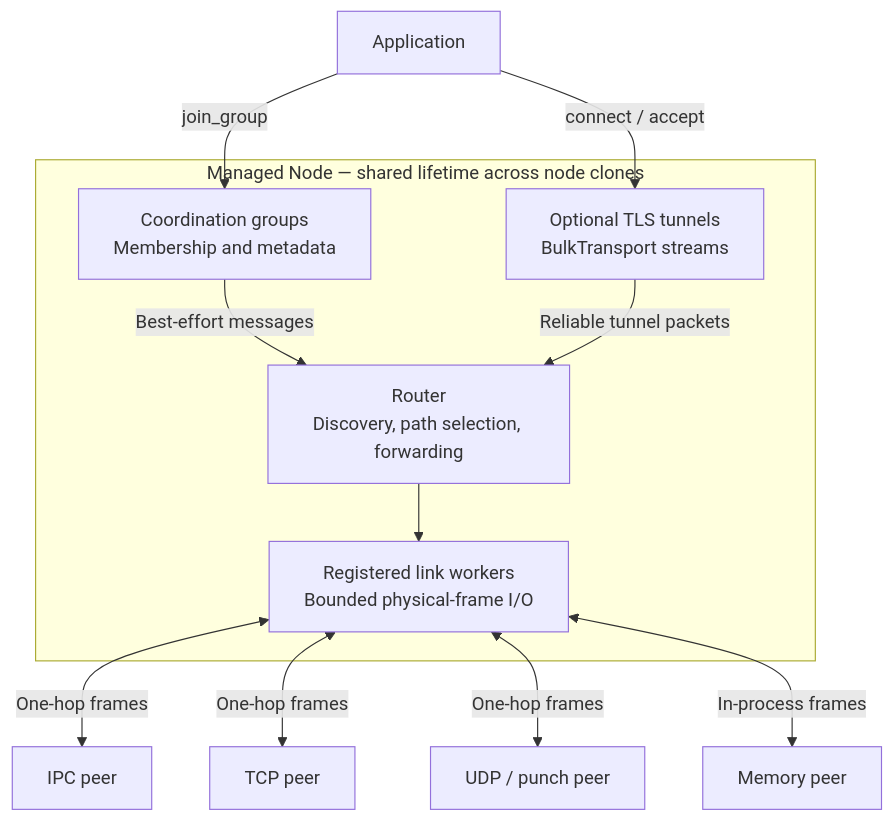
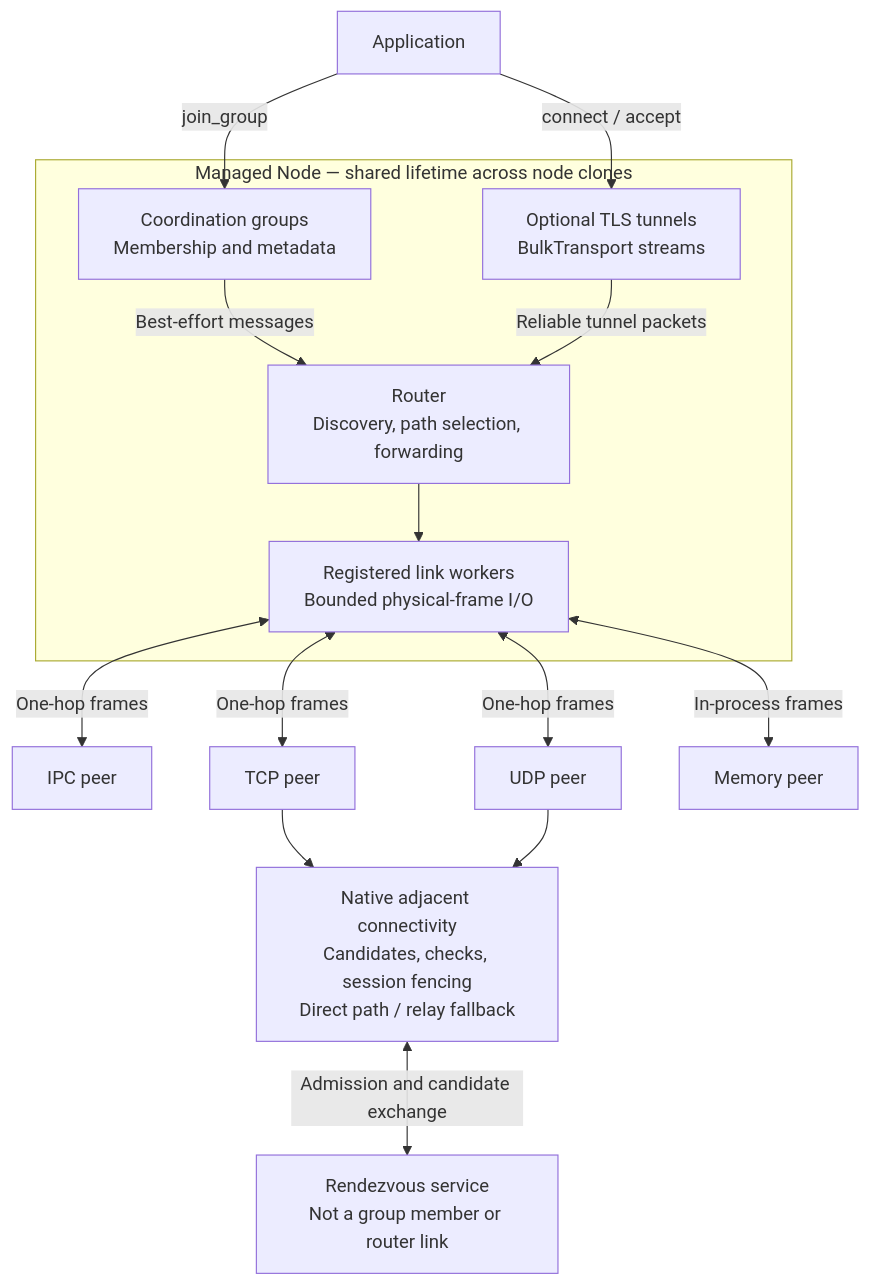
One commit to napbat/groupnet changed the first of 3 diagrams in docs/architecture.md. Above: the diagram before and after it, drawn with Mermaid. The commit also changed other lines of this file and 58 other files, not shown here.

Commit message:
feat: integrate native connectivity beneath TCP and UDP links

````diff
--- a/docs/architecture.md
+++ b/docs/architecture.md
@@ -16,19 +16,22 @@
 ```mermaid
 flowchart TB
     App["Application"]
     subgraph Managed["Managed Node — shared lifetime across node clones"]
         Groups["Coordination groups\nMembership and metadata"]
         Tunnels["Optional TLS tunnels\nBulkTransport streams"]
         Router["Router\nDiscovery, path selection, forwarding"]
         Links["Registered link workers\nBounded physical-frame I/O"]
         Groups -->|"Best-effort messages"| Router
         Tunnels -->|"Reliable tunnel packets"| Router
         Router --> Links
     end
     App -->|"join_group"| Groups
     App -->|"connect / accept"| Tunnels
     Links <-->|"One-hop frames"| IPC["IPC peer"]
     Links <-->|"One-hop frames"| TCP["TCP peer"]
-    Links <-->|"One-hop frames"| UDP["UDP / punch peer"]
+    Links <-->|"One-hop frames"| UDP["UDP peer"]
     Links <-->|"In-process frames"| Mem["Memory peer"]
+    TCP --> Connectivity["Native adjacent connectivity\nCandidates, checks, session fencing\nDirect path / relay fallback"]
+    UDP --> Connectivity
+    Connectivity <-->|"Admission and candidate exchange"| Rendezvous["Rendezvous service\nNot a group member or router link"]
 ```
````
